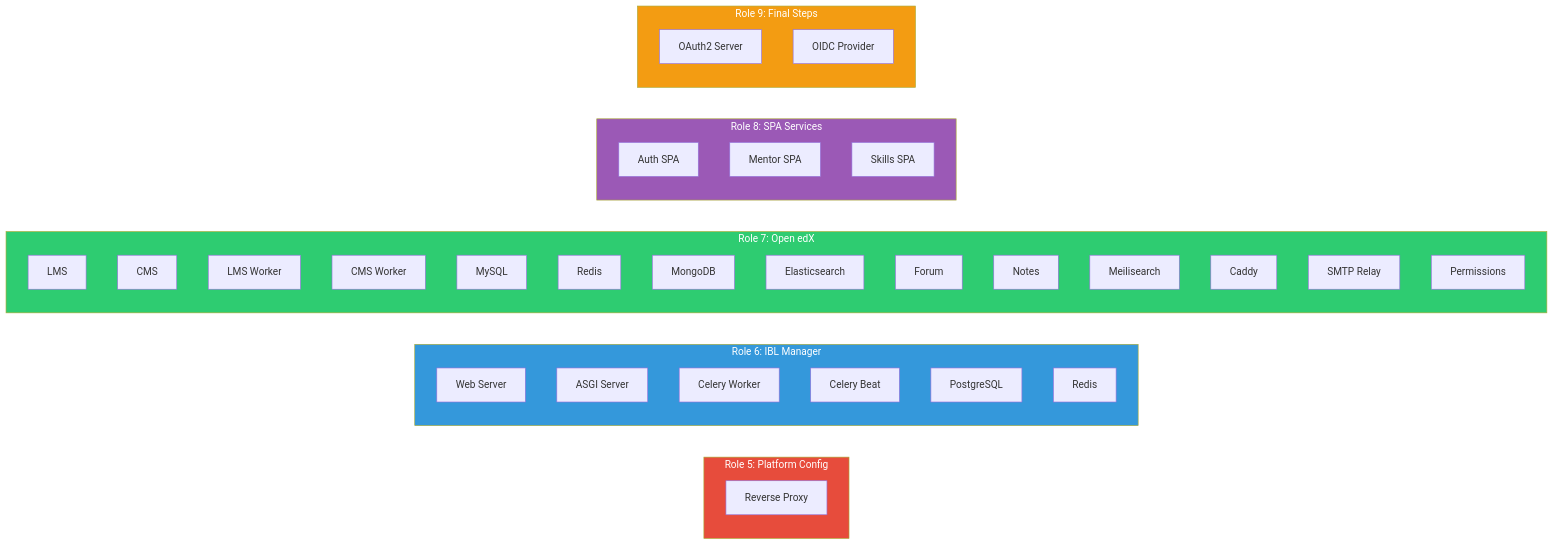
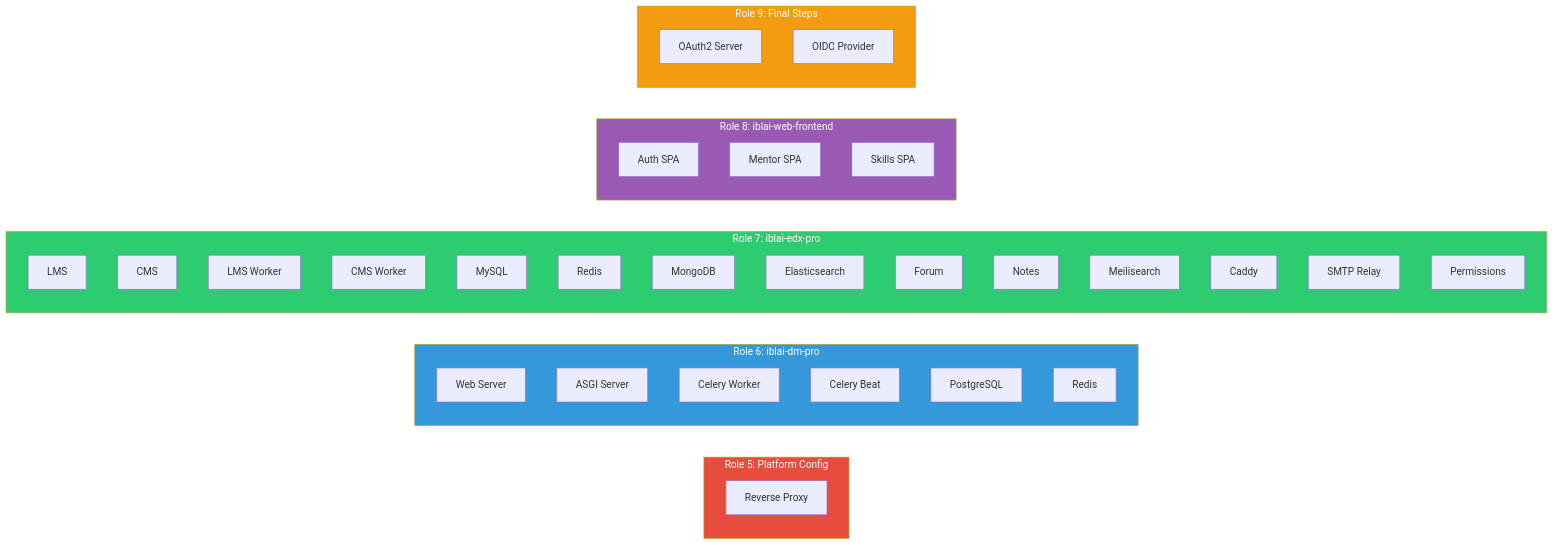
Before and after one commit to iblai/infra-cli: the second of 3 diagrams in docs/architecture.md, drawn with Mermaid. The commit also changed other lines of this file, not shown here.

First line of the commit message:
docs: use standard product names in architecture diagram

````diff
--- a/docs/architecture.md
+++ b/docs/architecture.md
@@ -65,49 +65,49 @@
 ```mermaid
 flowchart LR
     subgraph PLATFORM["Role 5: Platform Config"]
         RP[Reverse Proxy]
     end
 
-    subgraph DM["Role 6: IBL Manager"]
+    subgraph DM["Role 6: iblai-dm-pro"]
         DM_WEB[Web Server]
         DM_ASGI[ASGI Server]
         DM_WORKER[Celery Worker]
         DM_BEAT[Celery Beat]
         DM_PG[PostgreSQL]
         DM_REDIS[Redis]
     end
 
-    subgraph EDX["Role 7: Open edX"]
+    subgraph EDX["Role 7: iblai-edx-pro"]
         LMS[LMS]
         CMS[CMS]
         LMS_W[LMS Worker]
         CMS_W[CMS Worker]
         MYSQL[MySQL]
         REDIS2[Redis]
         MONGO[MongoDB]
         ES[Elasticsearch]
         FORUM[Forum]
         NOTES[Notes]
         MEILI[Meilisearch]
         CADDY[Caddy]
         SMTP[SMTP Relay]
         PERMS[Permissions]
     end
 
-    subgraph SPA["Role 8: SPA Services"]
+    subgraph SPA["Role 8: iblai-web-frontend"]
         AUTH[Auth SPA]
         MENTOR[Mentor SPA]
         SKILLS[Skills SPA]
     end
 
     subgraph FINAL["Role 9: Final Steps"]
         OAUTH[OAuth2 Server]
         OIDC[OIDC Provider]
     end
 
     style PLATFORM fill:#e74c3c,color:#fff
     style DM fill:#3498db,color:#fff
     style EDX fill:#2ecc71,color:#fff
     style SPA fill:#9b59b6,color:#fff
     style FINAL fill:#f39c12,color:#fff
 ```
````
